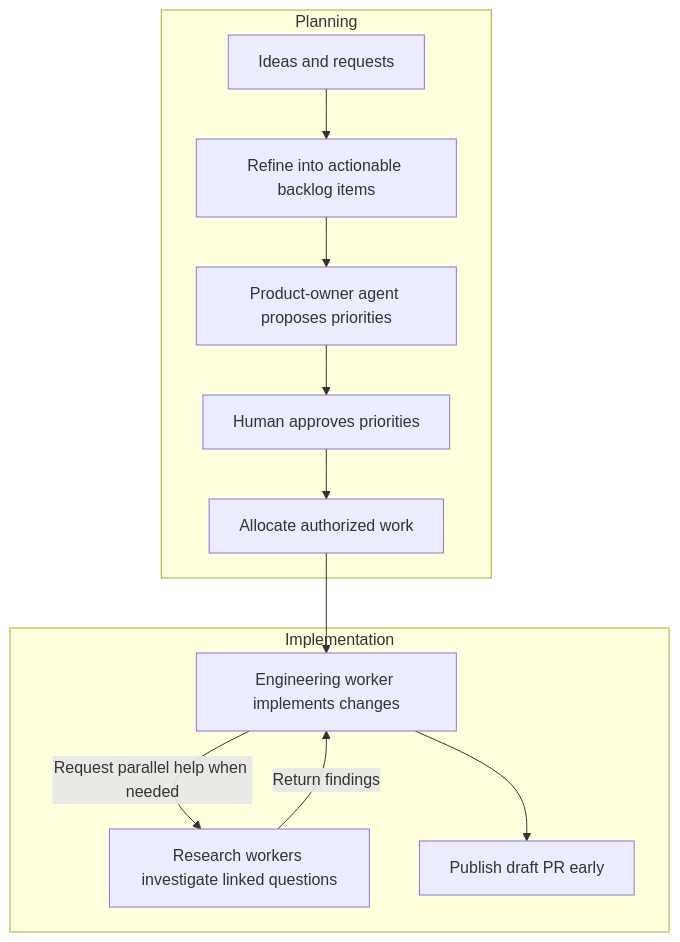
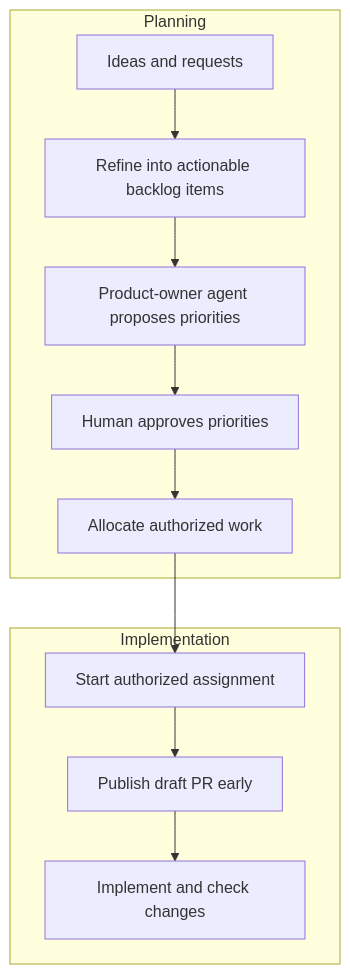
Before and after one commit to dataclique/metagenda: the third of 6 diagrams in SPEC.md, drawn with Mermaid. The commit also changed other lines of this file, not shown here.

Commit message:
give each diagram one purpose and complete its return paths

````diff
--- a/SPEC.md
+++ b/SPEC.md
@@ -182,20 +173,18 @@
 ```mermaid
 flowchart TD
     subgraph Planning[Planning]
         Intake[Ideas and requests]
         Refine[Refine into actionable backlog items]
         Product[Product-owner agent proposes priorities]
         Owner[Human approves priorities]
         Assign[Allocate authorized work]
         Intake --> Refine --> Product --> Owner --> Assign
     end
     subgraph Engineering[Implementation]
-        Engineer[Engineering worker implements changes]
-        Research[Research workers investigate linked questions]
+        Start[Start authorized assignment]
         Draft[Publish draft PR early]
-        Engineer -->|Request parallel help when needed| Research
-        Research -->|Return findings| Engineer
-        Engineer --> Draft
+        Engineer[Implement and check changes]
+        Start --> Draft --> Engineer
     end
-    Assign --> Engineer
+    Assign --> Start
 ```
````
